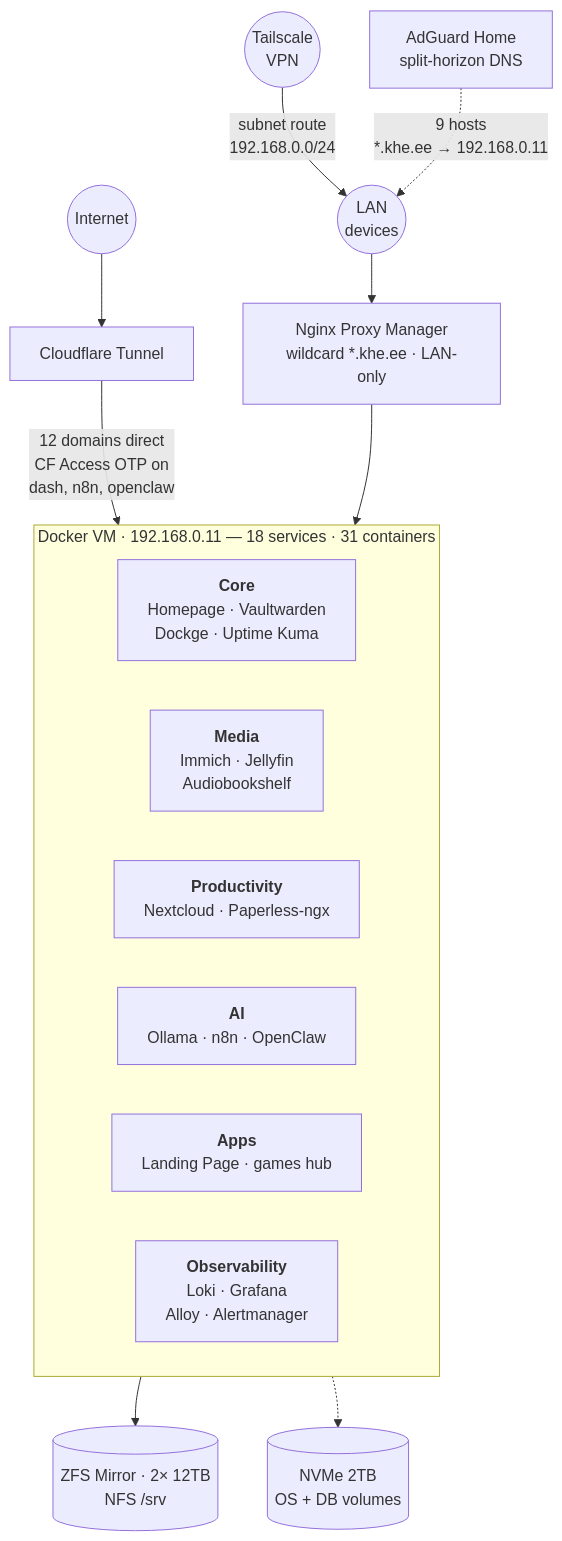
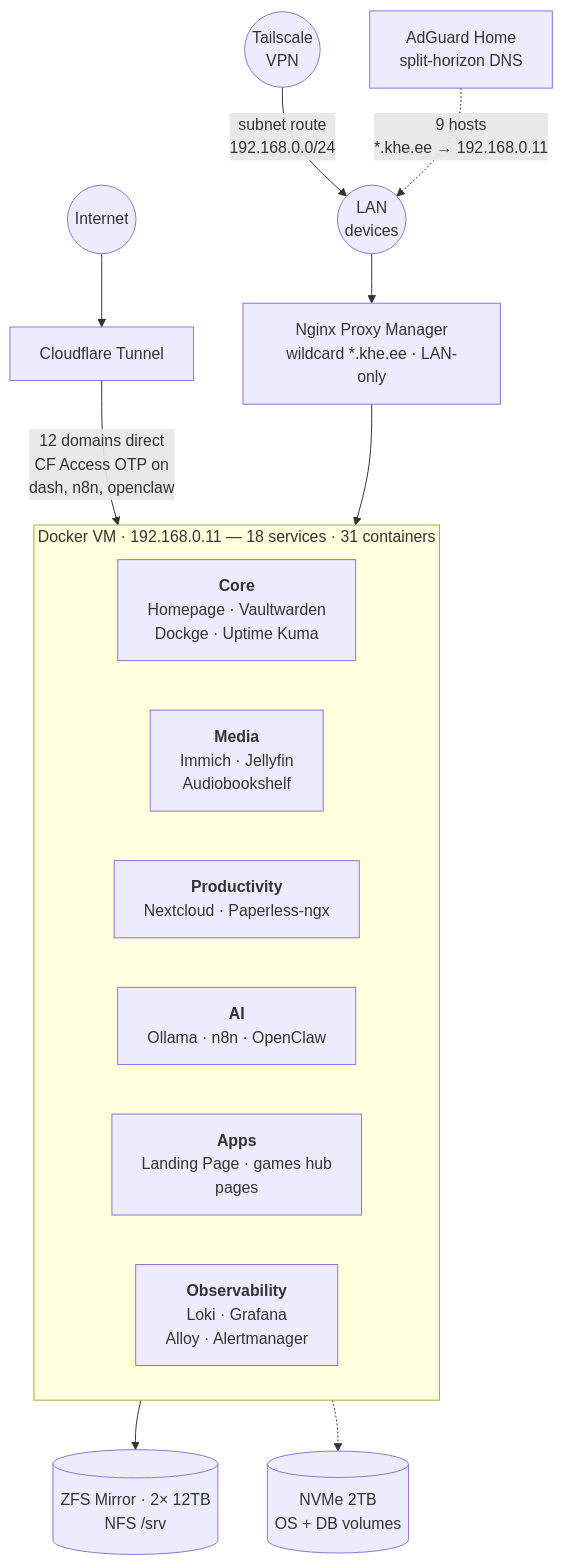
One commit to khelias/khe-homelab changed the diagram in README.md. Above: the diagram before and after it, drawn with Mermaid. The commit also changed other lines of this file and 8 other files, not shown here.

````diff
--- a/README.md
+++ b/README.md
@@ -7,27 +7,27 @@
 ```mermaid
 graph TB
     Internet((Internet))
     VPN((Tailscale<br/>VPN))
     LAN((LAN<br/>devices))
 
     Internet --> CF[Cloudflare Tunnel]
     VPN -->|subnet route<br/>192.168.0.0/24| LAN
     AG[AdGuard Home<br/>split-horizon DNS] -.->|9 hosts<br/>*.khe.ee → 192.168.0.11| LAN
     LAN --> NPM[Nginx Proxy Manager<br/>wildcard *.khe.ee · LAN-only]
 
     CF -->|12 domains direct<br/>CF Access OTP on<br/>dash, n8n, openclaw| DVM
     NPM --> DVM
 
     subgraph DVM[Docker VM · 192.168.0.11 — 18 services · 31 containers]
         direction LR
         Core["<b>Core</b><br/>Homepage · Vaultwarden<br/>Dockge · Uptime Kuma"]
         Media["<b>Media</b><br/>Immich · Jellyfin<br/>Audiobookshelf"]
         Prod["<b>Productivity</b><br/>Nextcloud · Paperless-ngx"]
         AI["<b>AI</b><br/>Ollama · n8n · OpenClaw"]
-        Apps["<b>Apps</b><br/>Landing Page · games hub"]
+        Apps["<b>Apps</b><br/>Landing Page · games hub<br/>pages"]
         Obs["<b>Observability</b><br/>Loki · Grafana<br/>Alloy · Alertmanager"]
     end
 
     DVM --> HDD[(ZFS Mirror · 2× 12TB<br/>NFS /srv)]
     DVM -.-> NVMe[(NVMe 2TB<br/>OS + DB volumes)]
 ```
````
